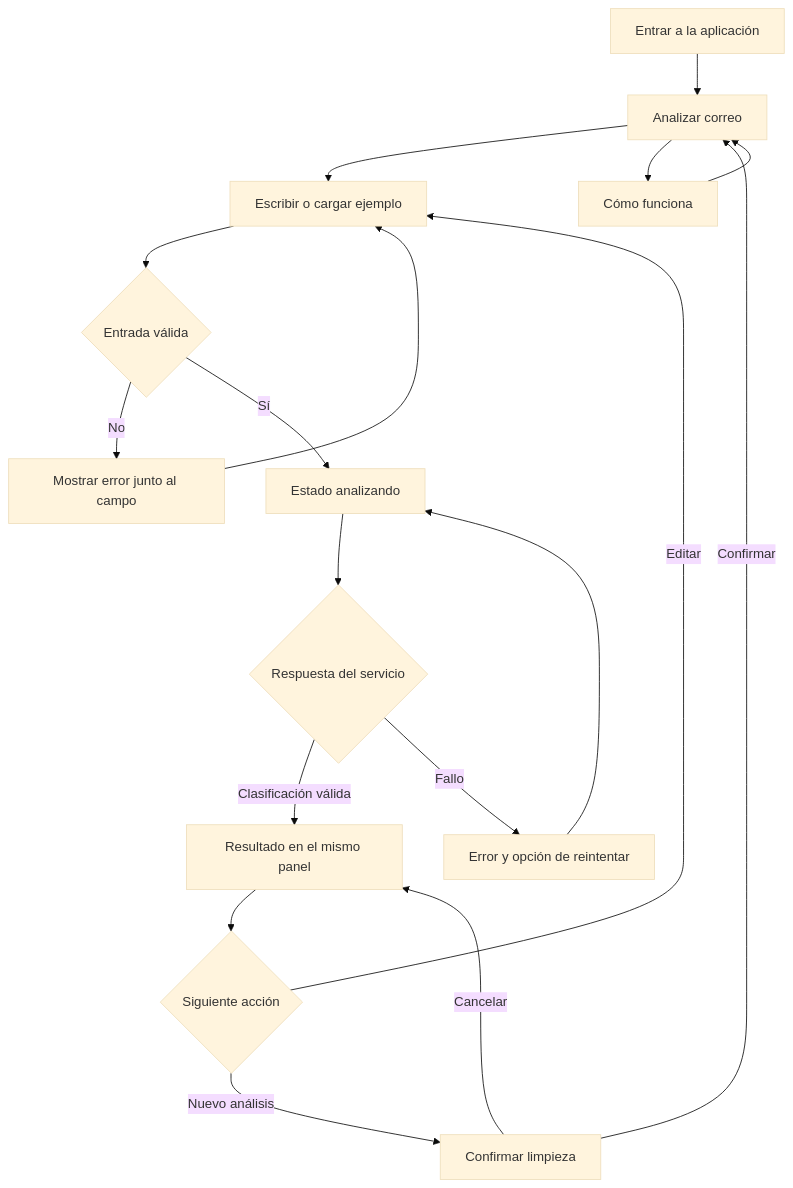
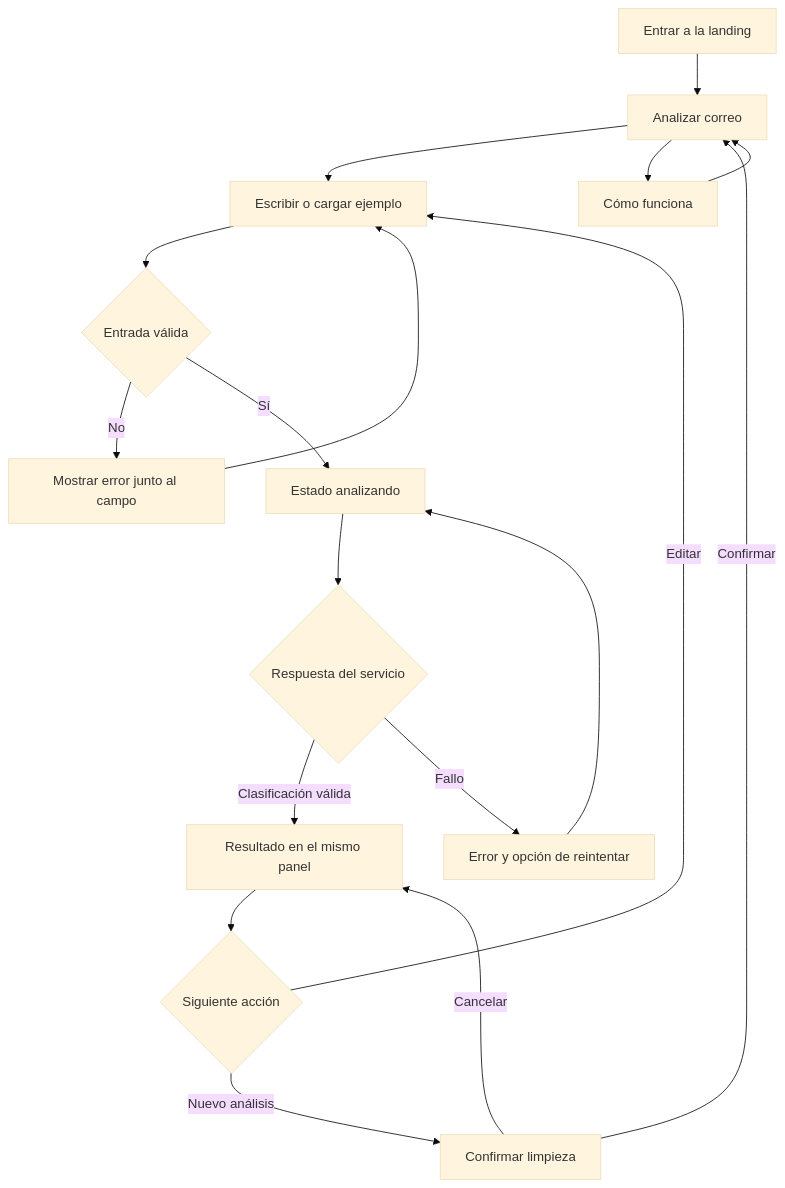
Before and after one commit to JCastilloPadilla/Remira: the diagram in docs/interfaz-web-v1.md, drawn with Mermaid (base theme). The commit also changed other lines of this file and 9 other files, not shown here.

````diff
--- a/docs/interfaz-web-v1.md
+++ b/docs/interfaz-web-v1.md
@@ -207,20 +228,20 @@
 ```mermaid
 flowchart TD
-    A[Entrar a la aplicación] --> B[Analizar correo]
+    A[Entrar a la landing] --> B[Analizar correo]
     B --> C[Escribir o cargar ejemplo]
     C --> D{Entrada válida}
     D -->|No| E[Mostrar error junto al campo]
     E --> C
     D -->|Sí| F[Estado analizando]
     F --> G{Respuesta del servicio}
     G -->|Clasificación válida| H[Resultado en el mismo panel]
     G -->|Fallo| I[Error y opción de reintentar]
     I --> F
     H --> J{Siguiente acción}
     J -->|Editar| C
     J -->|Nuevo análisis| K[Confirmar limpieza]
     K -->|Confirmar| B
     K -->|Cancelar| H
     B --> L[Cómo funciona]
     L --> B
 ```
````
